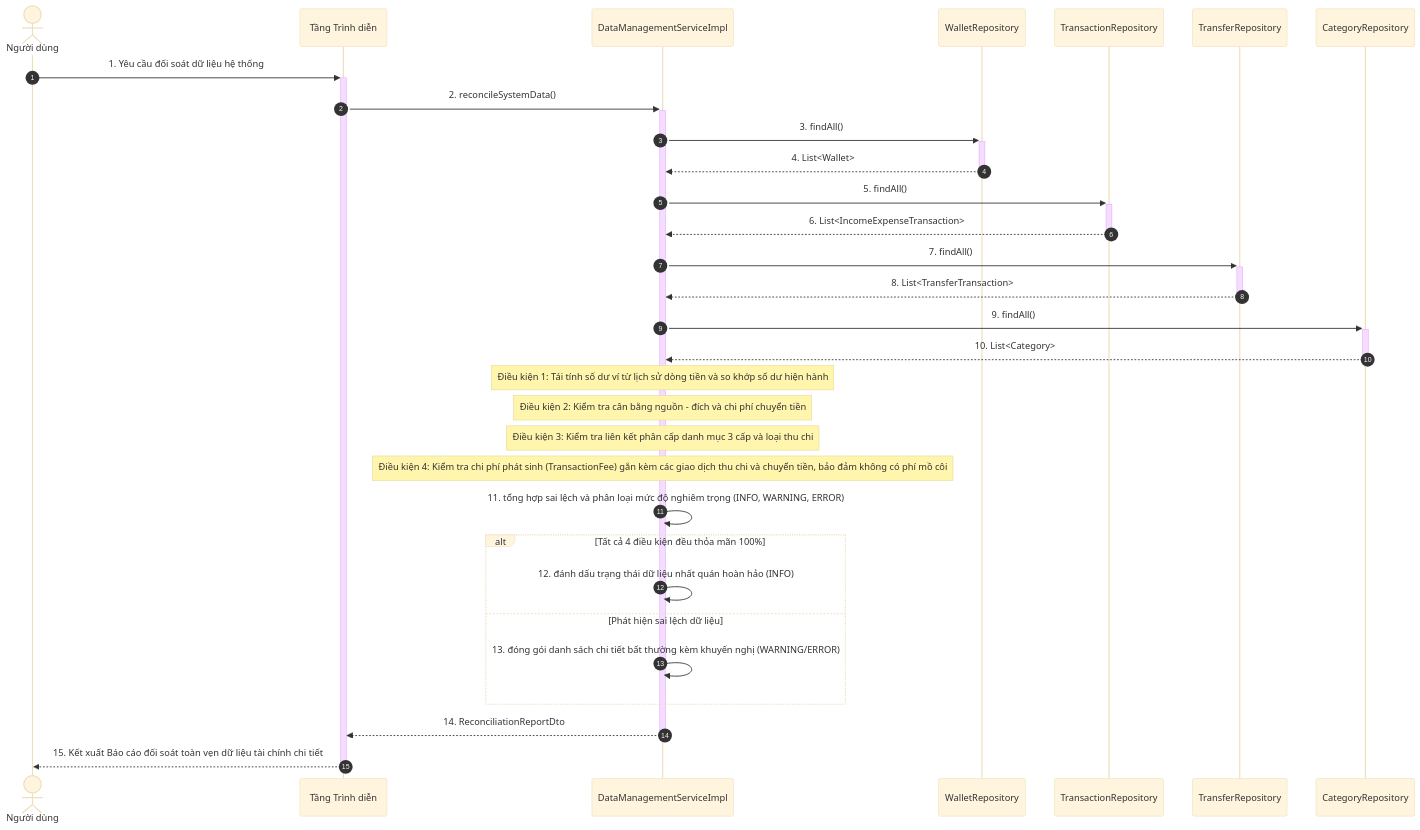
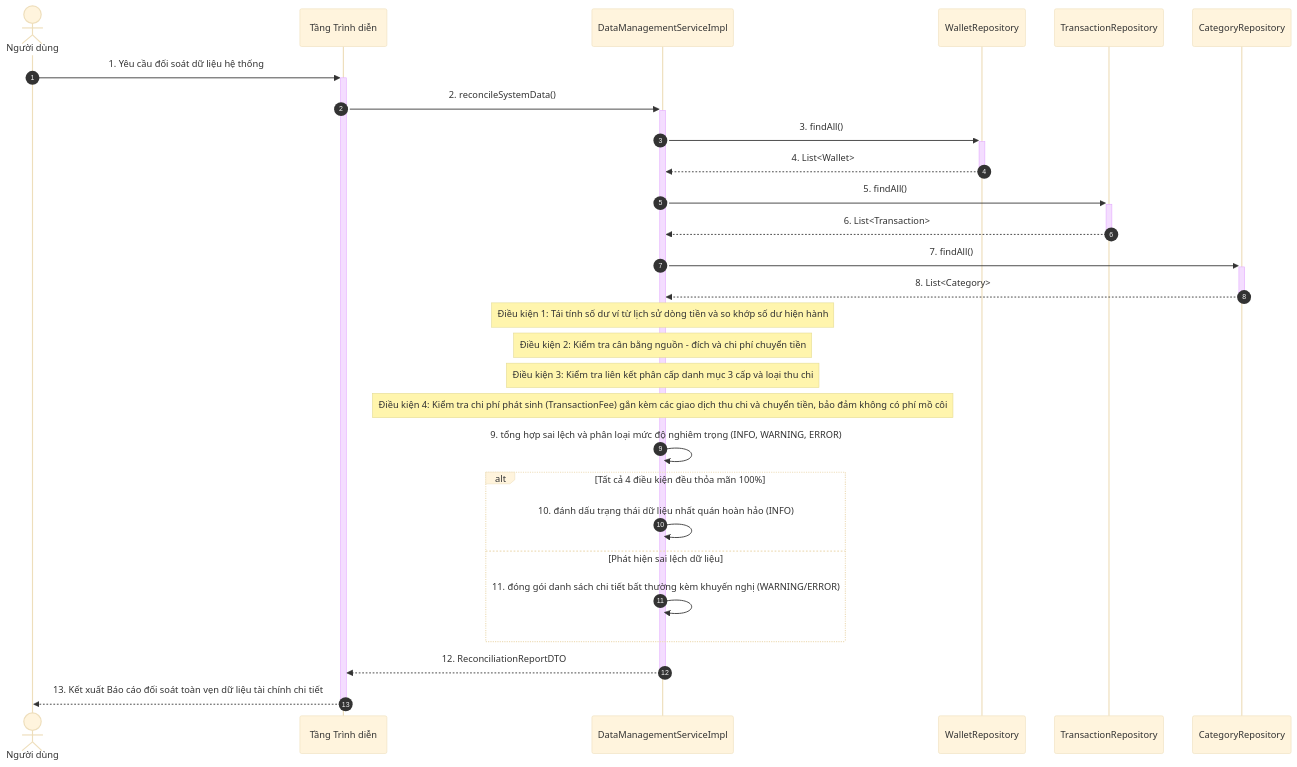
Diagram 21 of 21 in docs/object-oriented-design/05-so-do-tuong-tac-thiet-ke-sequence-diagram.md (mynhleeh/pfms-oop), drawn with Mermaid (base theme) before and after one commit. The commit also changed other lines of this file and 4 other files, not shown here.

````diff
--- a/docs/object-oriented-design/05-so-do-tuong-tac-thiet-ke-sequence-diagram.md
+++ b/docs/object-oriented-design/05-so-do-tuong-tac-thiet-ke-sequence-diagram.md
@@ -1156,34 +1150,31 @@
 ```mermaid
 sequenceDiagram
     autonumber
     actor User as Người dùng
     participant GUI as Tầng Trình diễn
     participant DataService as DataManagementServiceImpl
     participant WalletRepo as WalletRepository
     participant TxnRepo as TransactionRepository
-    participant TransferRepo as TransferRepository
     participant CategoryRepo as CategoryRepository
 
     User->>+GUI: 1. Yêu cầu đối soát dữ liệu hệ thống
     GUI->>+DataService: 2. reconcileSystemData()
     DataService->>+WalletRepo: 3. findAll()
     WalletRepo-->>-DataService: 4. List<Wallet>
     DataService->>+TxnRepo: 5. findAll()
-    TxnRepo-->>-DataService: 6. List<IncomeExpenseTransaction>
-    DataService->>+TransferRepo: 7. findAll()
-    TransferRepo-->>-DataService: 8. List<TransferTransaction>
-    DataService->>+CategoryRepo: 9. findAll()
-    CategoryRepo-->>-DataService: 10. List<Category>
+    TxnRepo-->>-DataService: 6. List<Transaction>
+    DataService->>+CategoryRepo: 7. findAll()
+    CategoryRepo-->>-DataService: 8. List<Category>
     Note over DataService: Điều kiện 1: Tái tính số dư ví từ lịch sử dòng tiền và so khớp số dư hiện hành
     Note over DataService: Điều kiện 2: Kiểm tra cân bằng nguồn - đích và chi phí chuyển tiền
     Note over DataService: Điều kiện 3: Kiểm tra liên kết phân cấp danh mục 3 cấp và loại thu chi
     Note over DataService: Điều kiện 4: Kiểm tra chi phí phát sinh (TransactionFee) gắn kèm các giao dịch thu chi và chuyển tiền, bảo đảm không có phí mồ côi
-    DataService->>DataService: 11. tổng hợp sai lệch và phân loại mức độ nghiêm trọng (INFO, WARNING, ERROR)
+    DataService->>DataService: 9. tổng hợp sai lệch và phân loại mức độ nghiêm trọng (INFO, WARNING, ERROR)
     alt Tất cả 4 điều kiện đều thỏa mãn 100%
-        DataService->>DataService: 12. đánh dấu trạng thái dữ liệu nhất quán hoàn hảo (INFO)
+        DataService->>DataService: 10. đánh dấu trạng thái dữ liệu nhất quán hoàn hảo (INFO)
     else Phát hiện sai lệch dữ liệu
-        DataService->>DataService: 13. đóng gói danh sách chi tiết bất thường kèm khuyến nghị (WARNING/ERROR)
+        DataService->>DataService: 11. đóng gói danh sách chi tiết bất thường kèm khuyến nghị (WARNING/ERROR)
     end
-    DataService-->>-GUI: 14. ReconciliationReportDto
-    GUI-->>-User: 15. Kết xuất Báo cáo đối soát toàn vẹn dữ liệu tài chính chi tiết
+    DataService-->>-GUI: 12. ReconciliationReportDTO
+    GUI-->>-User: 13. Kết xuất Báo cáo đối soát toàn vẹn dữ liệu tài chính chi tiết
 ```
````
